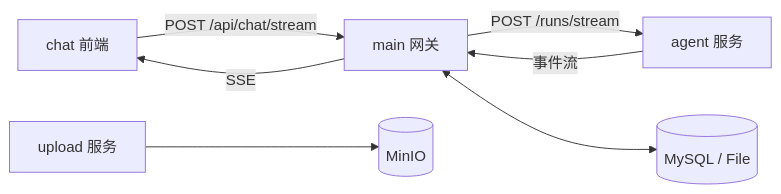
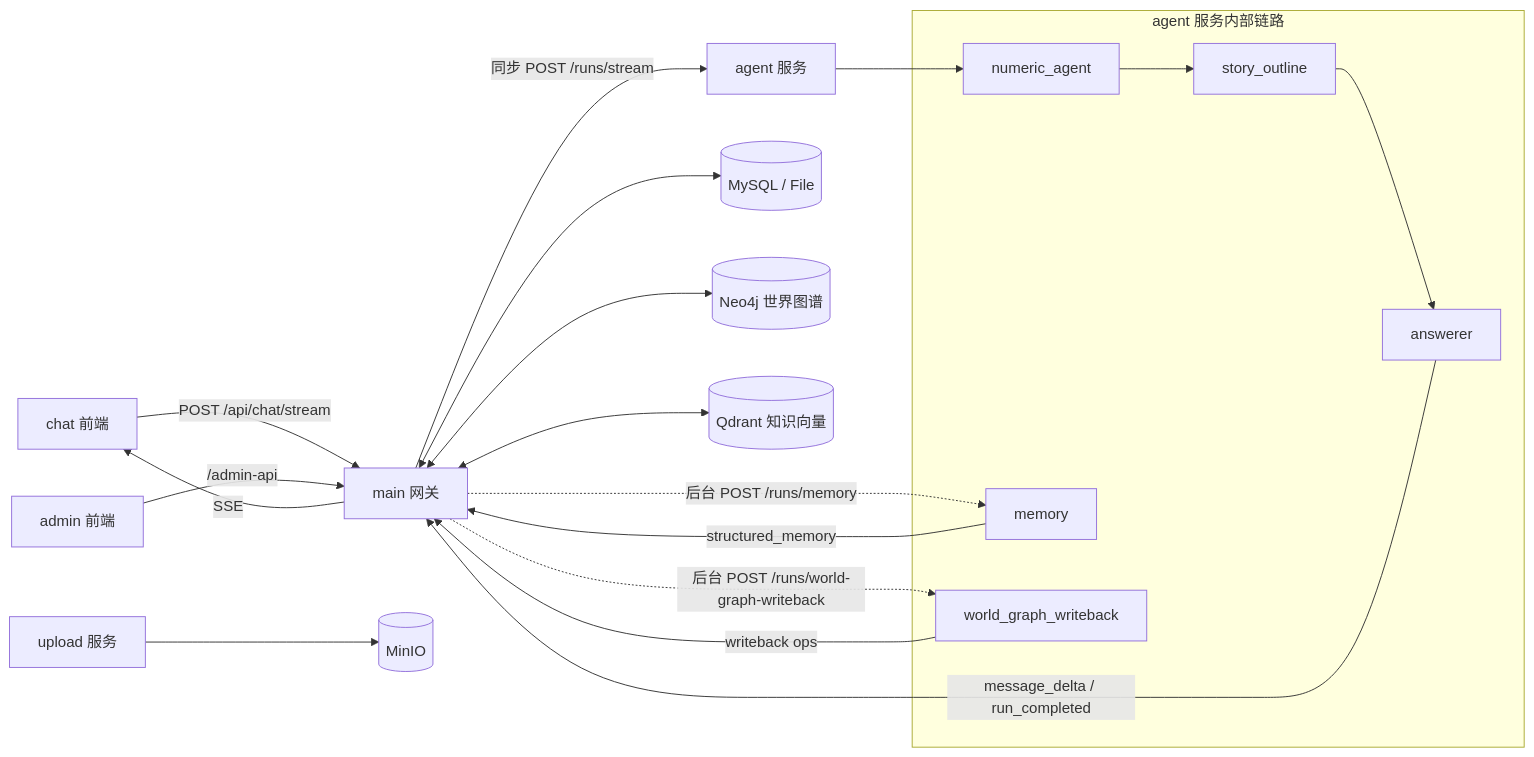
One commit to zrbyhelp/MyAiChat changed the diagram in README.md. Above: the diagram before and after it, drawn with Mermaid. The commit also changed other lines of this file and 45 other files, not shown here.

````diff
--- a/README.md
+++ b/README.md
@@ -35,9 +56,25 @@
 ```mermaid
 flowchart LR
   A[chat 前端] -->|POST /api/chat/stream| B[main 网关]
-  B -->|POST /runs/stream| C[agent 服务]
-  C -->|事件流| B
+  H[admin 前端] -->|/admin-api| B
+  B -->|同步 POST /runs/stream| C[agent 服务]
+  subgraph AG[agent 服务内部链路]
+    C1[numeric_agent]
+    C2[story_outline]
+    C3[answerer]
+    C4[memory]
+    C5[world_graph_writeback]
+    C1 --> C2 --> C3
+  end
+  C --> C1
+  C3 -->|message_delta / run_completed| B
   B -->|SSE| A
+  B -. 后台 POST /runs/memory .-> C4
+  C4 -->|structured_memory| B
+  B -. 后台 POST /runs/world-graph-writeback .-> C5
+  C5 -->|writeback ops| B
   B <--> D[(MySQL / File)]
-  E[upload 服务] --> F[(MinIO)]
+  B <--> E[(Neo4j 世界图谱)]
+  B <--> F[(Qdrant 知识向量)]
+  G[upload 服务] --> I[(MinIO)]
 ```
````
